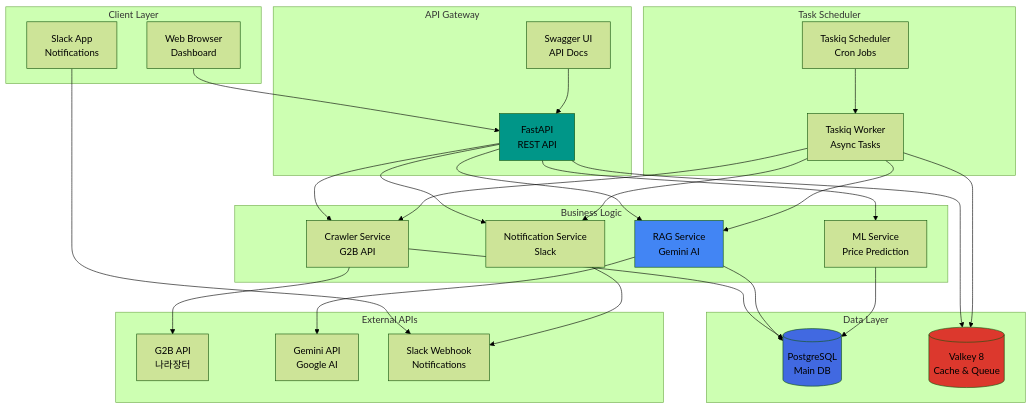
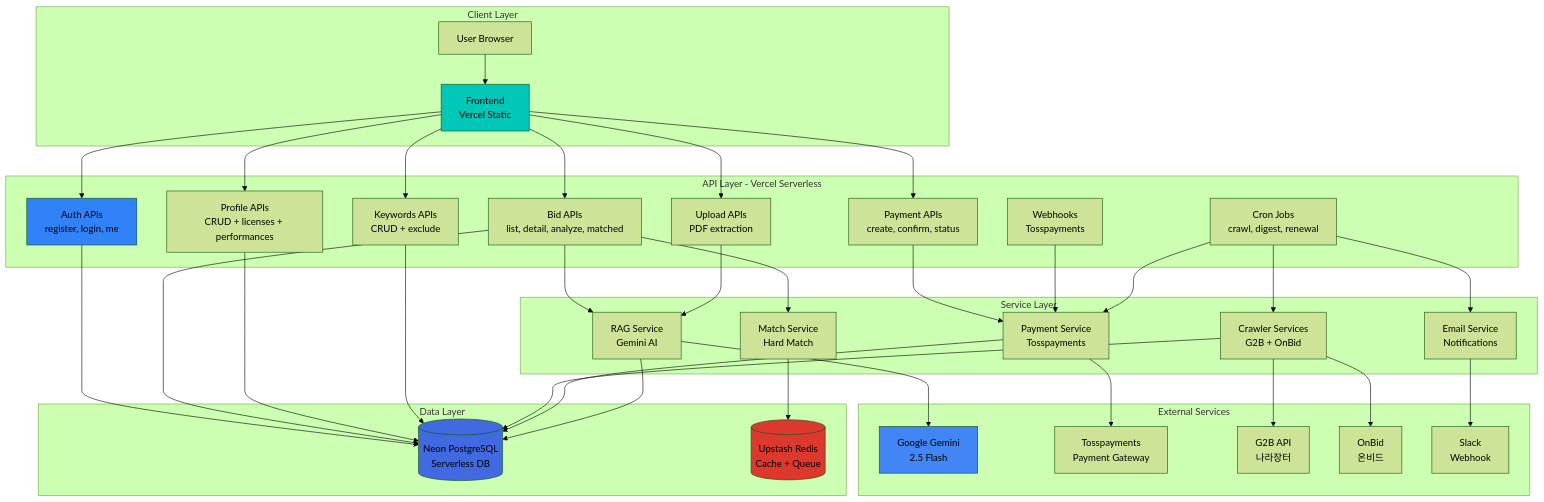
Before and after one commit to doublesilver/biz-retriever: the second of 5 diagrams in README.md, drawn with Mermaid (forest theme). The commit also changed other lines of this file and 4 other files, not shown here.

````diff
--- a/README.md
+++ b/README.md
@@ -214,60 +234,78 @@
 ```mermaid
 graph TB
     subgraph "Client Layer"
-        A[Web Browser<br/>Dashboard]
-        B[Slack App<br/>Notifications]
+        FE[Frontend<br/>Vercel Static]
+        USER[User Browser]
     end
 
-    subgraph "API Gateway"
-        C[FastAPI<br/>REST API]
-        D[Swagger UI<br/>API Docs]
+    subgraph "API Layer - Vercel Serverless"
+        AUTH[Auth APIs<br/>register, login, me]
+        BIDS[Bid APIs<br/>list, detail, analyze, matched]
+        PROFILE[Profile APIs<br/>CRUD + licenses + performances]
+        KEYWORDS[Keywords APIs<br/>CRUD + exclude]
+        PAYMENT[Payment APIs<br/>create, confirm, status]
+        UPLOAD[Upload APIs<br/>PDF extraction]
+        WEBHOOKS[Webhooks<br/>Tosspayments]
+        CRON[Cron Jobs<br/>crawl, digest, renewal]
     end
 
-    subgraph "Business Logic"
-        E[Crawler Service<br/>G2B API]
-        F[RAG Service<br/>Gemini AI]
-        G[Notification Service<br/>Slack]
-        H[ML Service<br/>Price Prediction]
+    subgraph "Service Layer"
+        RAG[RAG Service<br/>Gemini AI]
+        MATCH[Match Service<br/>Hard Match]
+        PAY[Payment Service<br/>Tosspayments]
+        CRAWLER[Crawler Services<br/>G2B + OnBid]
+        EMAIL[Email Service<br/>Notifications]
     end
 
-    subgraph "Task Scheduler"
-        I[Taskiq Scheduler<br/>Cron Jobs]
-        J[Taskiq Worker<br/>Async Tasks]
+    subgraph "External Services"
+        GEMINI[Google Gemini<br/>2.5 Flash]
+        TOSS[Tosspayments<br/>Payment Gateway]
+        G2B[G2B API<br/>나라장터]
+        ONBID[OnBid<br/>온비드]
+        SLACK[Slack<br/>Webhook]
     end
 
     subgraph "Data Layer"
-        K[(PostgreSQL<br/>Main DB)]
-        L[(Valkey 8<br/>Cache & Queue)]
+        NEON[(Neon PostgreSQL<br/>Serverless DB)]
+        UPSTASH[(Upstash Redis<br/>Cache + Queue)]
     end
 
-    subgraph "External APIs"
-        M[G2B API<br/>나라장터]
-        N[Gemini API<br/>Google AI]
-        O[Slack Webhook<br/>Notifications]
-    end
+    USER --> FE
+    FE --> AUTH
+    FE --> BIDS
+    FE --> PROFILE
+    FE --> KEYWORDS
+    FE --> PAYMENT
+    FE --> UPLOAD
 
-    A --> C
-    B --> O
-    C --> E
-    C --> F
-    C --> G
-    C --> H
-    D --> C
-    E --> M
-    F --> N
-    G --> O
-    I --> J
-    J --> E
-    J --> F
-    J --> G
-    E --> K
-    F --> K
-    H --> K
-    C --> L
-    J --> L
+    AUTH --> NEON
+    BIDS --> RAG
+    BIDS --> MATCH
+    BIDS --> NEON
+    PROFILE --> NEON
+    KEYWORDS --> NEON
+    PAYMENT --> PAY
+    UPLOAD --> RAG
 
-    style C fill:#009688
-    style F fill:#4285F4
-    style K fill:#4169E1
-    style L fill:#DC382D
+    RAG --> GEMINI
+    MATCH --> UPSTASH
+    PAY --> TOSS
+    CRAWLER --> G2B
+    CRAWLER --> ONBID
+    EMAIL --> SLACK
+
+    WEBHOOKS --> PAY
+    CRON --> CRAWLER
+    CRON --> EMAIL
+    CRON --> PAY
+
+    CRAWLER --> NEON
+    PAY --> NEON
+    RAG --> NEON
+
+    style FE fill:#00C7B7
+    style AUTH fill:#3182f6
+    style GEMINI fill:#4285F4
+    style NEON fill:#4169E1
+    style UPSTASH fill:#DC382D
 ```
````
